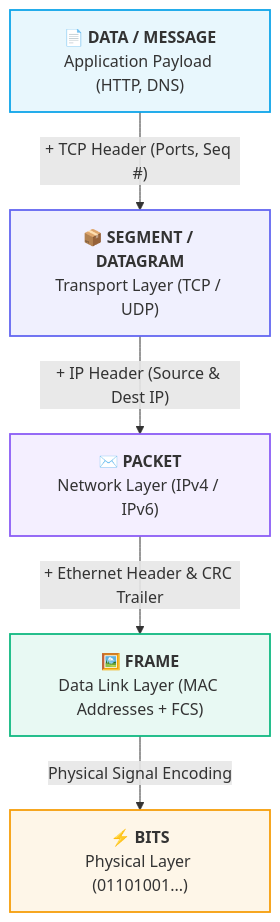
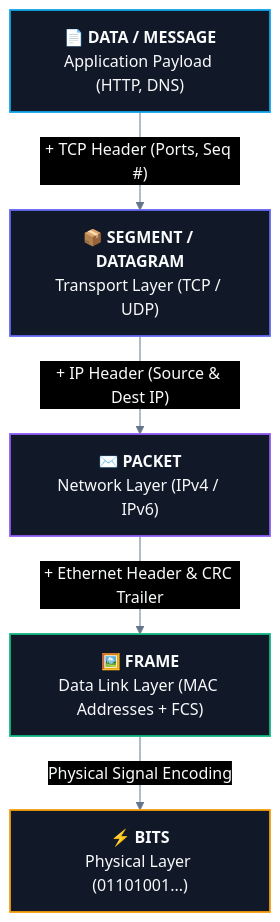
One commit to abhinavbharti2345/CS_Notes changed the second of 3 diagrams in CS/Computer Networking/01. Architecture & Fundamentals/06. OSI vs TCP-IP Model.md. Above: the diagram before and after it, drawn with Mermaid. The commit also changed other lines of this file and 195 other files, not shown here.

````diff
--- a/CS/Computer Networking/01. Architecture & Fundamentals/06. OSI vs TCP-IP Model.md
+++ b/CS/Computer Networking/01. Architecture & Fundamentals/06. OSI vs TCP-IP Model.md
@@ -107,20 +108,21 @@
 ```mermaid
+%%{init: {'theme': 'base', 'themeVariables': { 'darkMode': true, 'background': '#0B0F14', 'mainBkg': '#111827', 'primaryColor': '#111827', 'primaryTextColor': '#F8FAFC', 'primaryBorderColor': '#38BDF8', 'lineColor': '#64748B', 'secondaryColor': '#0B0F14', 'tertiaryColor': '#0B0F14', 'clusterBkg': '#0B0F14', 'clusterBorder': '#38BDF8' }}}%%
 flowchart TD
     PDU1["📄 <b>DATA / MESSAGE</b><br/>Application Payload (HTTP, DNS)"]
     -->|"+ TCP Header (Ports, Seq #)"| PDU2["📦 <b>SEGMENT / DATAGRAM</b><br/>Transport Layer (TCP / UDP)"]
     -->|"+ IP Header (Source & Dest IP)"| PDU3["✉️ <b>PACKET</b><br/>Network Layer (IPv4 / IPv6)"]
     -->|"+ Ethernet Header & CRC Trailer"| PDU4["🖼️ <b>FRAME</b><br/>Data Link Layer (MAC Addresses + FCS)"]
     -->|"Physical Signal Encoding"| PDU5["⚡ <b>BITS</b><br/>Physical Layer (01101001...)"]
 
-    classDef pdu1 fill:#0ea5e918,stroke:#0ea5e9,stroke-width:1.8px;
-    classDef pdu2 fill:#6366f118,stroke:#6366f1,stroke-width:1.8px;
-    classDef pdu3 fill:#8b5cf618,stroke:#8b5cf6,stroke-width:1.8px;
-    classDef pdu4 fill:#10b98118,stroke:#10b981,stroke-width:1.8px;
-    classDef pdu5 fill:#f59e0b18,stroke:#f59e0b,stroke-width:1.8px;
+    classDef pdu1 fill:#111827,stroke:#0ea5e9,stroke-width:1.8px,color:#F8FAFC;
+    classDef pdu2 fill:#111827,stroke:#6366f1,stroke-width:1.8px,color:#F8FAFC;
+    classDef pdu3 fill:#111827,stroke:#8b5cf6,stroke-width:1.8px,color:#F8FAFC;
+    classDef pdu4 fill:#111827,stroke:#10b981,stroke-width:1.8px,color:#F8FAFC;
+    classDef pdu5 fill:#111827,stroke:#f59e0b,stroke-width:1.8px,color:#F8FAFC;
     
     class PDU1 pdu1;
     class PDU2 pdu2;
     class PDU3 pdu3;
     class PDU4 pdu4;
     class PDU5 pdu5;
 ```
````
